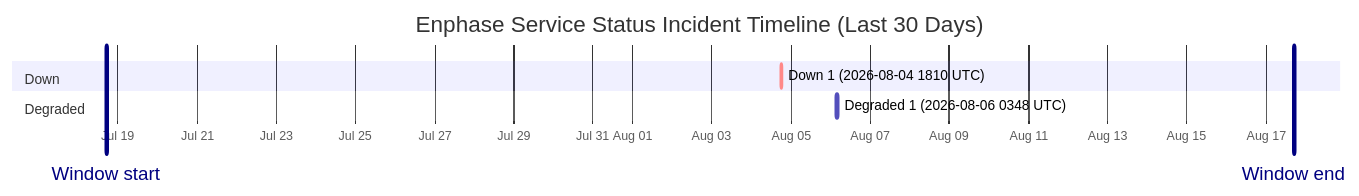
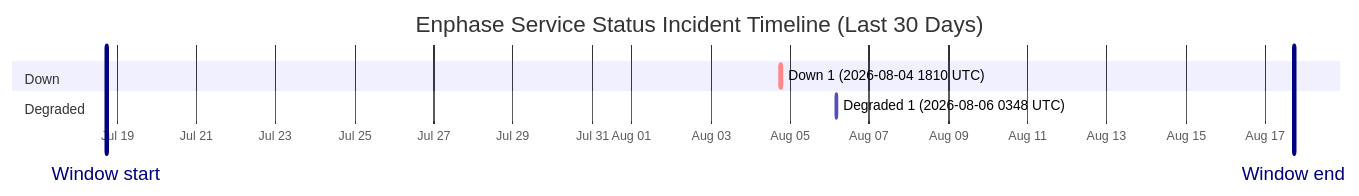
Before and after one commit to barneyonline/ha-enphase-energy: the diagram in wiki/Service-Status-History.md, drawn with Mermaid. The commit also changed other lines of this file and 3 other files, not shown here.

````diff
--- a/wiki/Service-Status-History.md
+++ b/wiki/Service-Status-History.md
@@ -14,12 +14,12 @@
 ```mermaid
 gantt
     title Enphase Service Status Incident Timeline (Last 30 Days)
     dateFormat  YYYY-MM-DDTHH:mm:ss
     axisFormat  %b %d
-    Window start :vert, window-start, 2026-07-18T16:54:47, 0ms
-    Window end :vert, window-end, 2026-08-17T16:54:47, 0ms
+    Window start :vert, window-start, 2026-07-18T17:25:01, 0ms
+    Window end :vert, window-end, 2026-08-17T17:25:01, 0ms
     section Down
     Down 1 (2026-08-04 1810 UTC) :crit, down-1, 2026-08-04T18:10:46, 60m
     section Degraded
     Degraded 1 (2026-08-06 0348 UTC) :active, degraded-1, 2026-08-06T03:48:14, 60m
 ```
````
